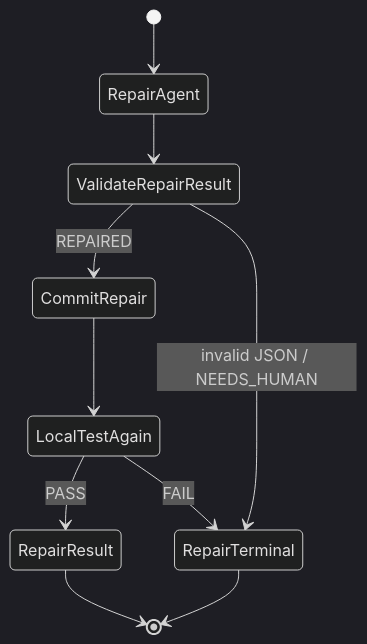
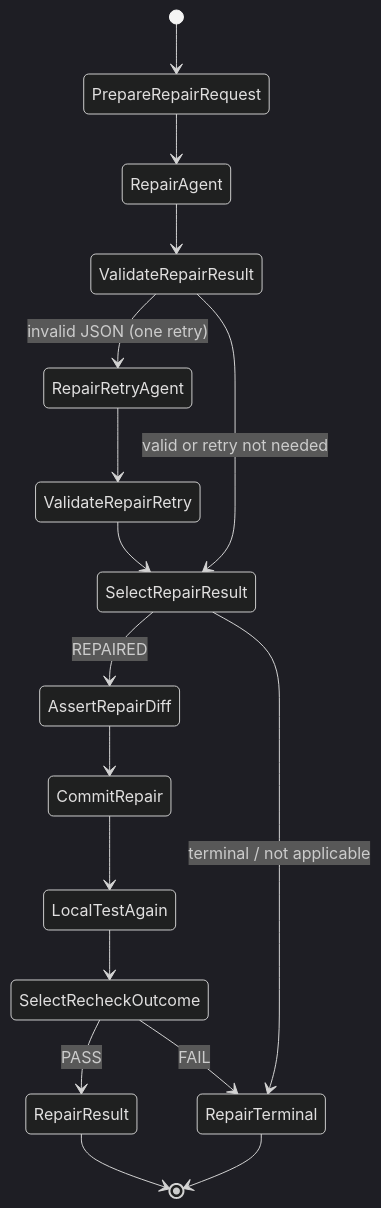
Diagram 42 of 45 in README.md (mikolaj92/lokay), drawn with Mermaid (dark theme) before and after one commit. The commit also changed other lines of this file and 8 other files, not shown here.

Commit message:
fix(repair): pass explicit request and isolate test env

````diff
--- a/README.md
+++ b/README.md
@@ -1322,12 +1322,19 @@
 ```mermaid
 stateDiagram-v2
-    [*] --> RepairAgent
+    [*] --> PrepareRepairRequest
+    PrepareRepairRequest --> RepairAgent
     RepairAgent --> ValidateRepairResult
-    ValidateRepairResult --> CommitRepair: REPAIRED
-    ValidateRepairResult --> RepairTerminal: invalid JSON / NEEDS_HUMAN
+    ValidateRepairResult --> RepairRetryAgent: invalid JSON (one retry)
+    RepairRetryAgent --> ValidateRepairRetry
+    ValidateRepairRetry --> SelectRepairResult
+    ValidateRepairResult --> SelectRepairResult: valid or retry not needed
+    SelectRepairResult --> AssertRepairDiff: REPAIRED
+    SelectRepairResult --> RepairTerminal: terminal / not applicable
+    AssertRepairDiff --> CommitRepair
     CommitRepair --> LocalTestAgain
-    LocalTestAgain --> RepairResult: PASS
-    LocalTestAgain --> RepairTerminal: FAIL
+    LocalTestAgain --> SelectRecheckOutcome
+    SelectRecheckOutcome --> RepairResult: PASS
+    SelectRecheckOutcome --> RepairTerminal: FAIL
     RepairResult --> [*]
     RepairTerminal --> [*]
 ```
````
